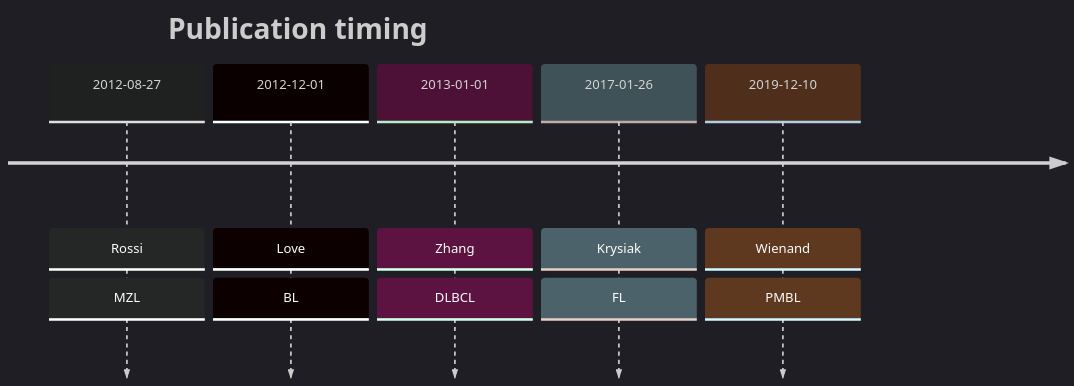
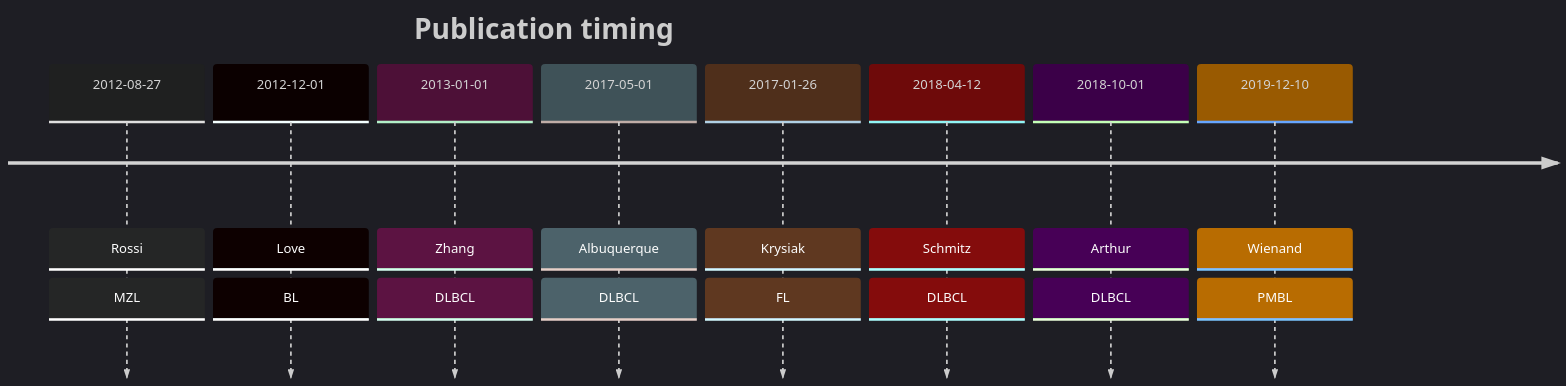
Before and after one commit to morinlab/lymphopedia: the diagram in ARID1A.md, drawn with Mermaid.

````diff
--- a/ARID1A.md
+++ b/ARID1A.md
@@ -14,10 +14,13 @@
 ```mermaid
 %%{init: { 'logLevel': 'debug', 'theme': 'dark' } }%%
 timeline
     title Publication timing
       2012-08-27 : Rossi : MZL
       2012-12-01 : Love : BL
       2013-01-01 : Zhang : DLBCL
+      2017-05-01 : Albuquerque : DLBCL
       2017-01-26 : Krysiak : FL
+      2018-04-12 : Schmitz : DLBCL
+      2018-10-01 : Arthur : DLBCL
       2019-12-10 : Wienand : PMBL
 ```
````
